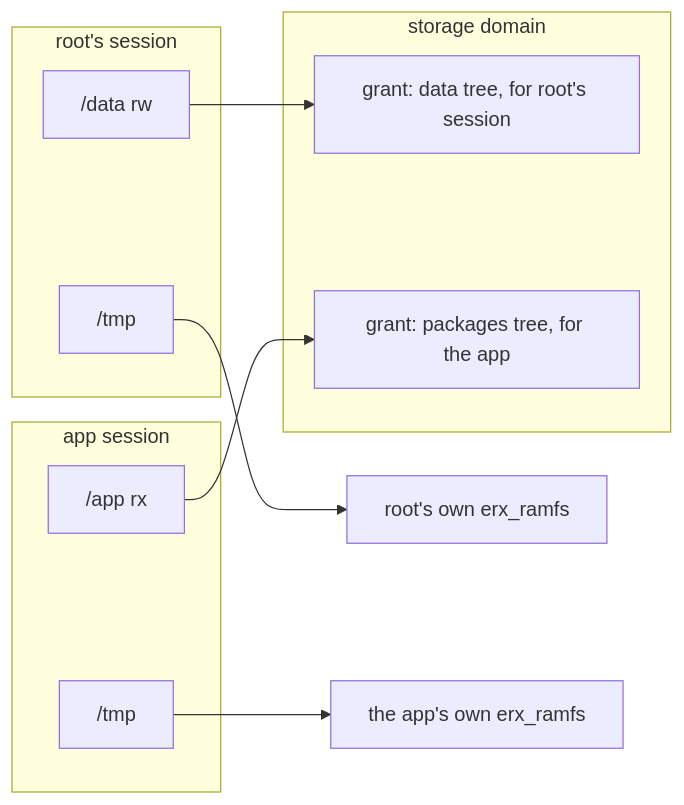
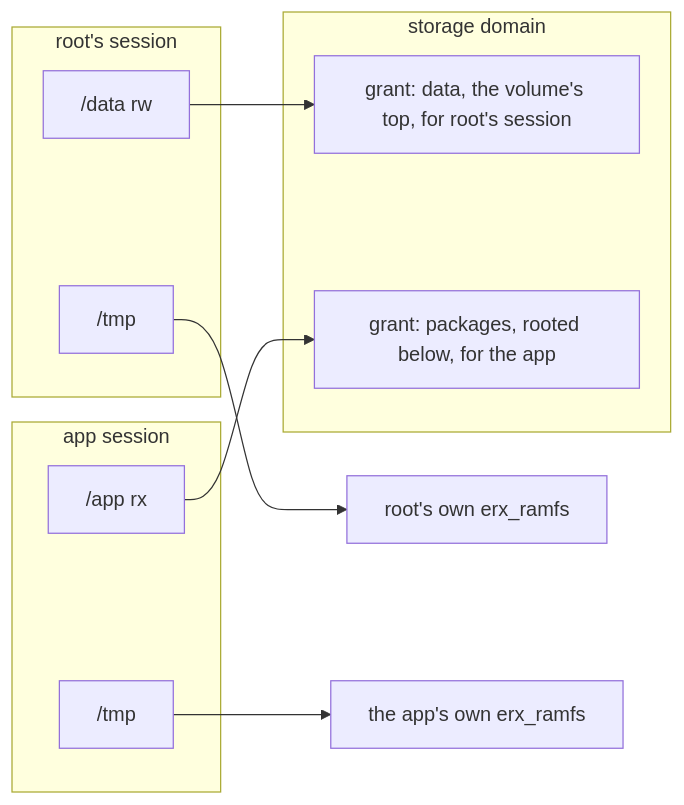
The first of 3 diagrams in docs/book/14-files.md (stass/erXos), drawn with Mermaid before and after one commit. The commit also changed other lines of this file and 7 other files, not shown here.

````diff
--- a/docs/book/14-files.md
+++ b/docs/book/14-files.md
@@ -141,19 +144,19 @@
 ```mermaid
 flowchart LR
   subgraph R[root's session]
     RD["/data rw"]
     RT["/tmp"]
   end
   subgraph A[app session]
     AP["/app rx"]
     AT["/tmp"]
   end
   subgraph S[storage domain]
-    G1[grant: data tree, for root's session]
-    G2[grant: packages tree, for the app]
+    G1[grant: data, the volume's top, for root's session]
+    G2[grant: packages, rooted below, for the app]
   end
   RD --> G1
   AP --> G2
   RT --> RF[root's own erx_ramfs]
   AT --> AF[the app's own erx_ramfs]
 ```
````
